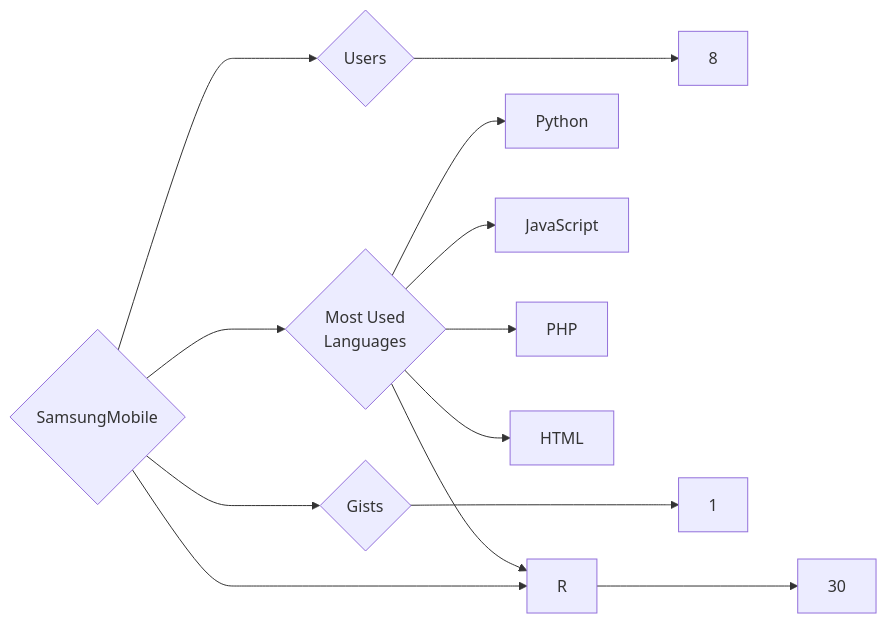
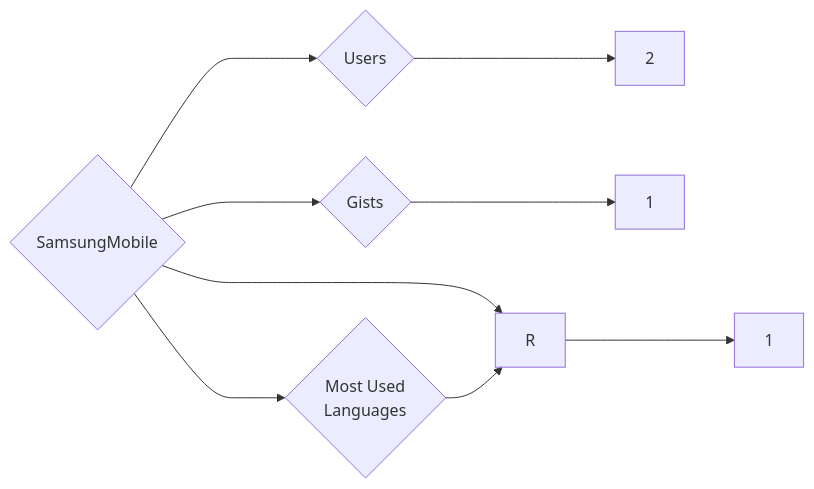
Before and after one commit to trickest/insiders: the diagram in targets/SamsungMobile/README.md, drawn with Mermaid. The commit also changed 797 other files, not shown here.

````diff
--- a/targets/SamsungMobile/README.md
+++ b/targets/SamsungMobile/README.md
@@ -3,13 +3,9 @@
 ```mermaid
 graph LR
 COMPANY_NAME{SamsungMobile}
-COMPANY_NAME ---> U{Users} ---> UN[8]
-COMPANY_NAME ---> R{Repositories} ---> RN[30]
+COMPANY_NAME ---> U{Users} ---> UN[2]
+COMPANY_NAME ---> R{Repositories} ---> RN[1]
 COMPANY_NAME ---> G{Gists} ---> GN[1]
 COMPANY_NAME ---> ML{Most Used<br>Languages}
-ML --> Python[Python]
-ML --> JavaScript[JavaScript]
 ML --> R[R]
-ML --> PHP[PHP]
-ML --> HTML[HTML]
 ```
````
